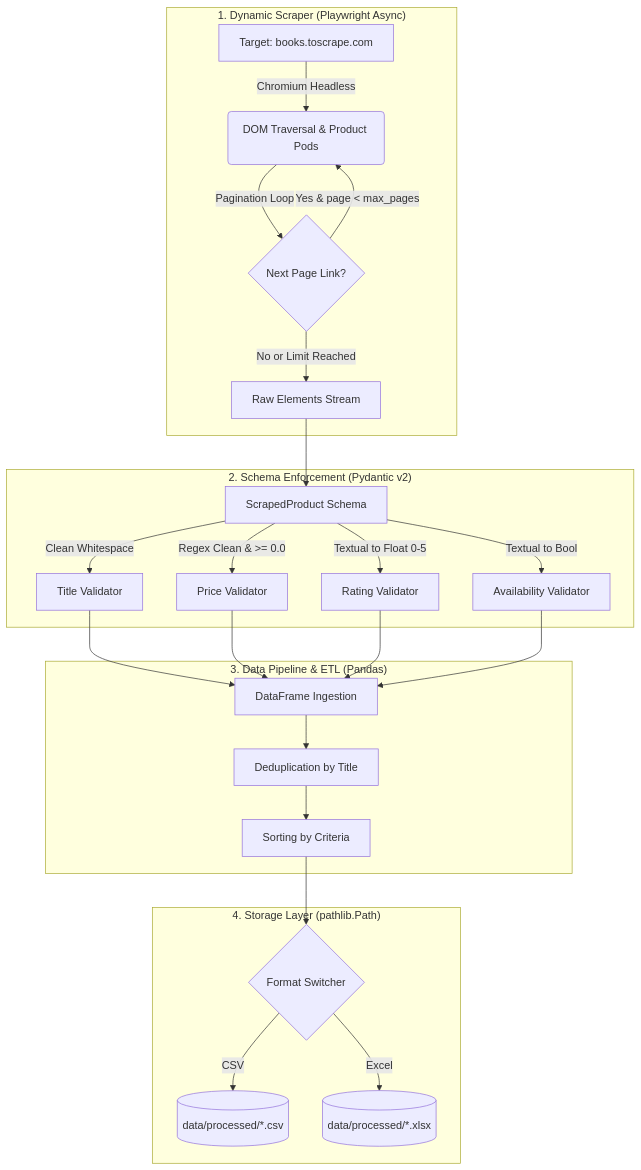
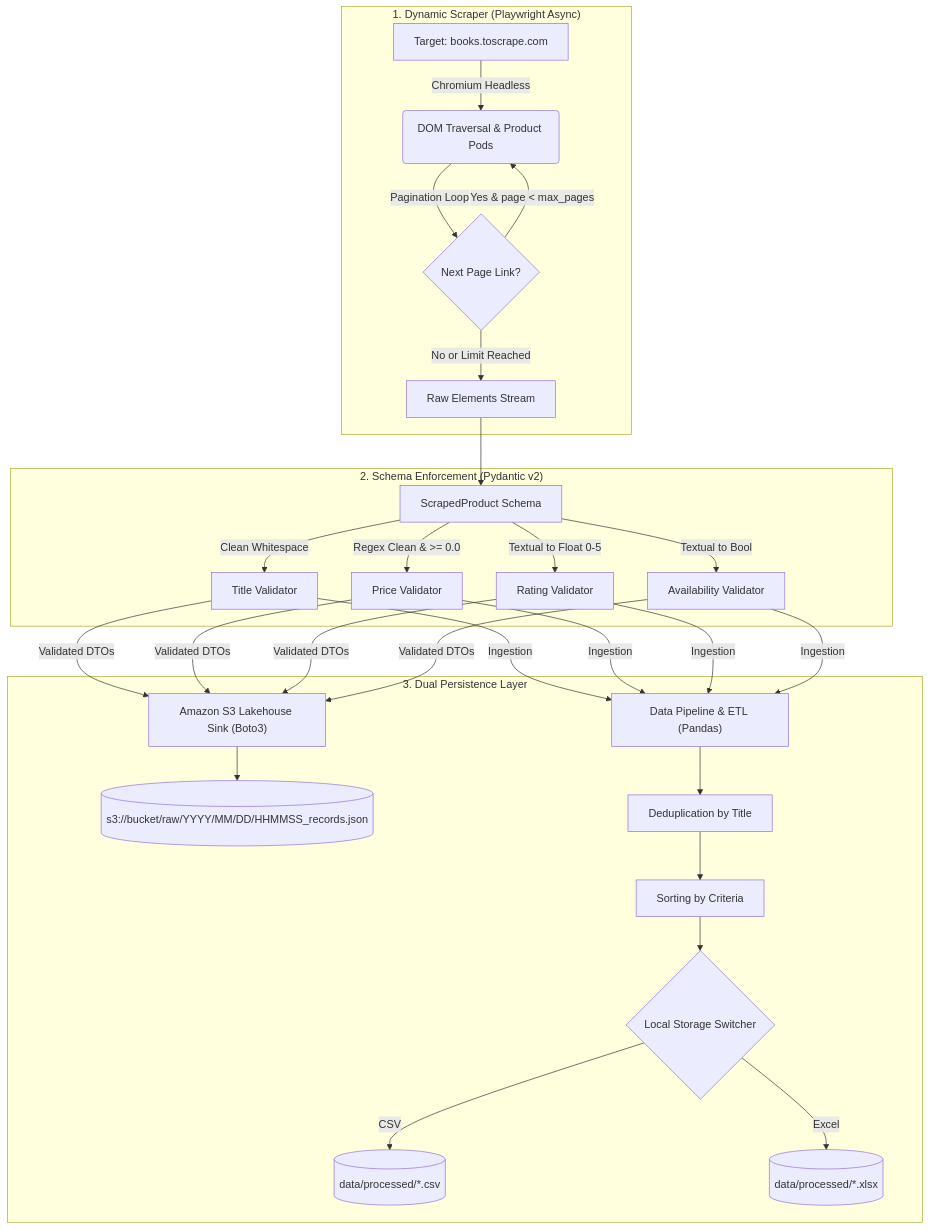
The diagram in README.md (Christianlamas062/dynamic-web-harvester), drawn with Mermaid before and after one commit. The commit also changed other lines of this file and 5 other files, not shown here.

Commit message:
feat(infra): integrate boto3 S3 sink and docker-compose env management

````diff
--- a/README.md
+++ b/README.md
@@ -18,29 +20,29 @@
 ```mermaid
 flowchart TD
     subgraph Ingestion ["1. Dynamic Scraper (Playwright Async)"]
         A[Target: books.toscrape.com] -->|Chromium Headless| B(DOM Traversal & Product Pods)
         B -->|Pagination Loop| C{Next Page Link?}
         C -- Yes & page < max_pages --> B
         C -- No or Limit Reached --> D[Raw Elements Stream]
     end
 
     subgraph Validation ["2. Schema Enforcement (Pydantic v2)"]
         D --> E[ScrapedProduct Schema]
         E -->|Clean Whitespace| F[Title Validator]
         E -->|Regex Clean & >= 0.0| G[Price Validator]
         E -->|Textual to Float 0-5| H[Rating Validator]
         E -->|Textual to Bool| I[Availability Validator]
     end
 
-    subgraph Transformation ["3. Data Pipeline & ETL (Pandas)"]
-        F & G & H & I --> J[DataFrame Ingestion]
-        J --> K[Deduplication by Title]
-        K --> L[Sorting by Criteria]
-    end
+    subgraph Persistence ["3. Dual Persistence Layer"]
+        F & G & H & I -->|Validated DTOs| S3Sink["Amazon S3 Lakehouse Sink (Boto3)"]
+        S3Sink --> S3Store[("s3://bucket/raw/YYYY/MM/DD/HHMMSS_records.json")]
 
-    subgraph Delivery ["4. Storage Layer (pathlib.Path)"]
-        L --> M{Format Switcher}
-        M -- CSV --> N[(data/processed/*.csv)]
-        M -- Excel --> O[(data/processed/*.xlsx)]
+        F & G & H & I -->|Ingestion| ETL["Data Pipeline & ETL (Pandas)"]
+        ETL --> Dedupe[Deduplication by Title]
+        Dedupe --> Sort[Sorting by Criteria]
+        Sort --> LocalStore{"Local Storage Switcher"}
+        LocalStore -- CSV --> CSVFile[("data/processed/*.csv")]
+        LocalStore -- Excel --> XLSXFile[("data/processed/*.xlsx")]
     end
 ```
````
